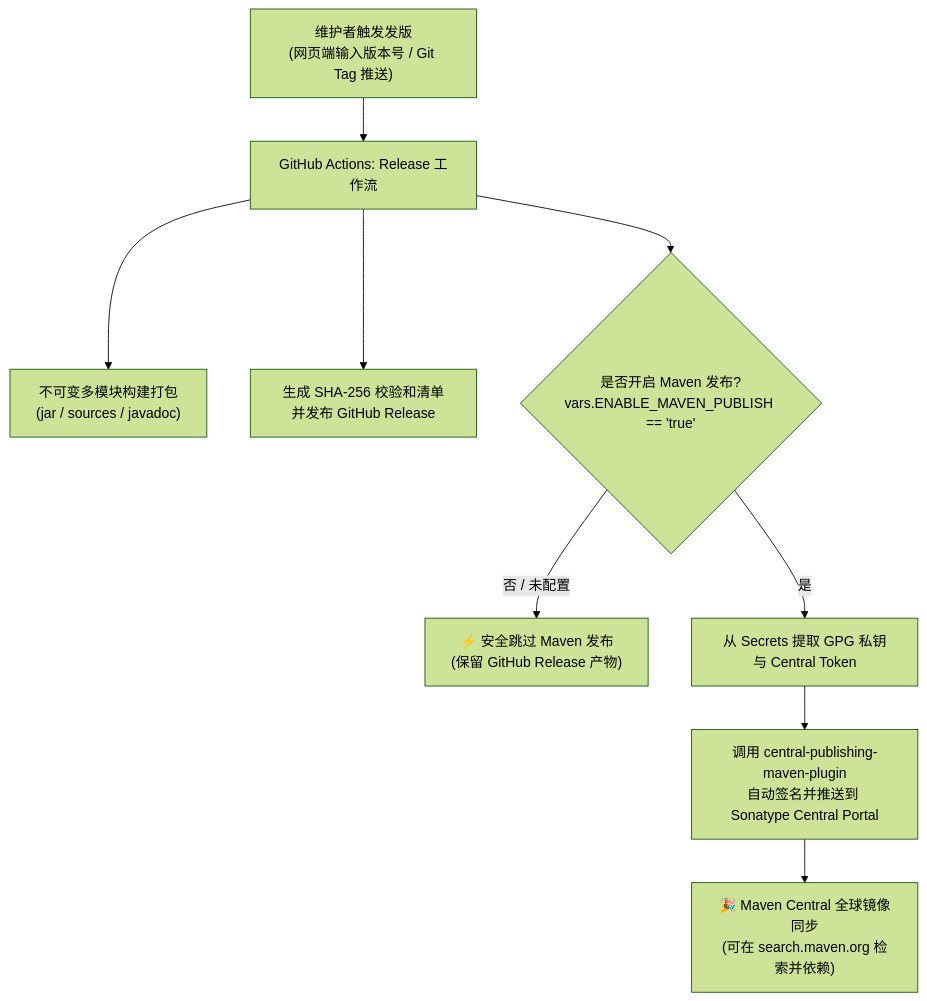
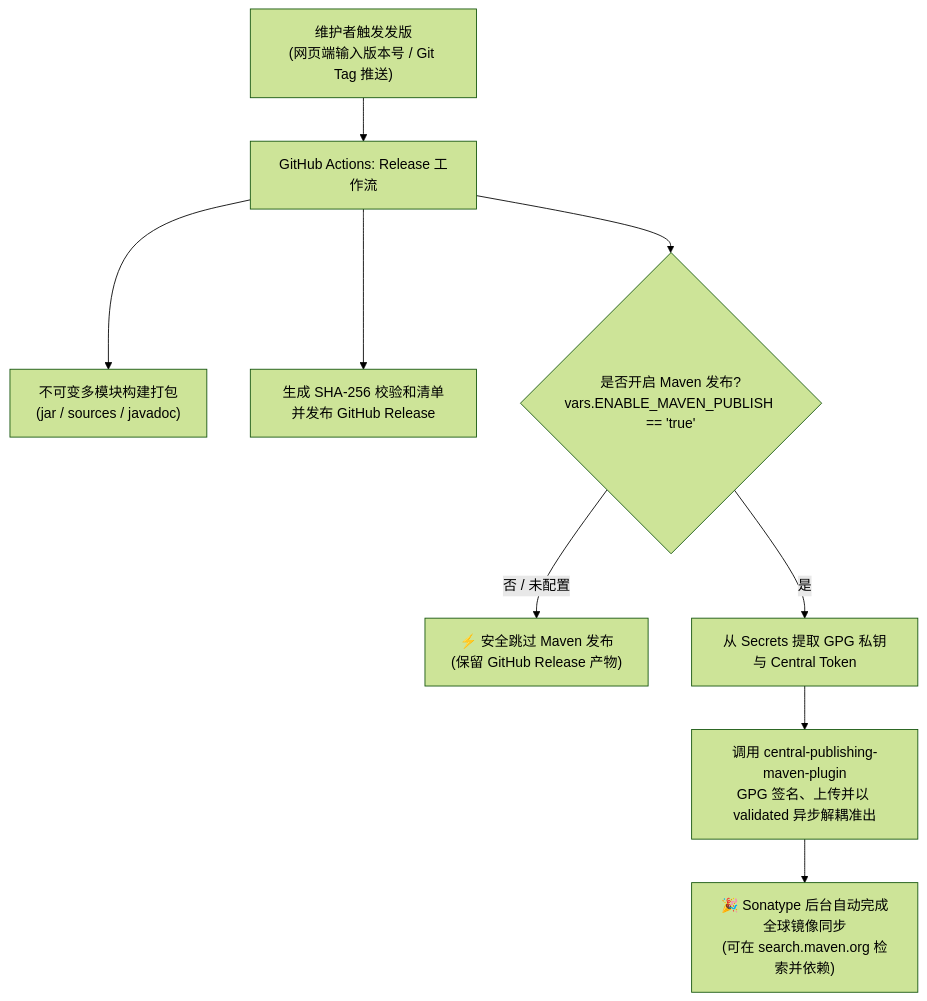
One commit to atengk/ateng-boot changed the diagram in docs/guides/maven-central-publishing.md. Above: the diagram before and after it, drawn with Mermaid (forest theme). The commit also changed other lines of this file and 9 other files, not shown here.

````diff
--- a/docs/guides/maven-central-publishing.md
+++ b/docs/guides/maven-central-publishing.md
@@ -9,11 +9,11 @@
 ```mermaid
 flowchart TD
     A["维护者触发发版<br/>(网页端输入版本号 / Git Tag 推送)"] --> B["GitHub Actions: Release 工作流"]
     B --> C["不可变多模块构建打包<br/>(jar / sources / javadoc)"]
     B --> D["生成 SHA-256 校验和清单并发布 GitHub Release"]
     B --> E{"是否开启 Maven 发布?<br/>vars.ENABLE_MAVEN_PUBLISH == 'true'"}
     E -- 否 / 未配置 --> F["⚡ 安全跳过 Maven 发布<br/>(保留 GitHub Release 产物)"]
     E -- 是 --> G["从 Secrets 提取 GPG 私钥与 Central Token"]
-    G --> H["调用 central-publishing-maven-plugin<br/>自动签名并推送到 Sonatype Central Portal"]
-    H --> I["🎉 Maven Central 全球镜像同步<br/>(可在 search.maven.org 检索并依赖)"]
+    G --> H["调用 central-publishing-maven-plugin<br/>GPG 签名、上传并以 validated 异步解耦准出"]
+    H --> I["🎉 Sonatype 后台自动完成全球镜像同步<br/>(可在 search.maven.org 检索并依赖)"]
 ```
````
